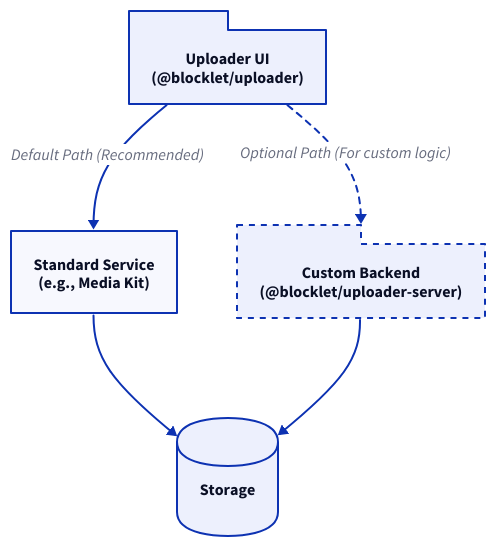
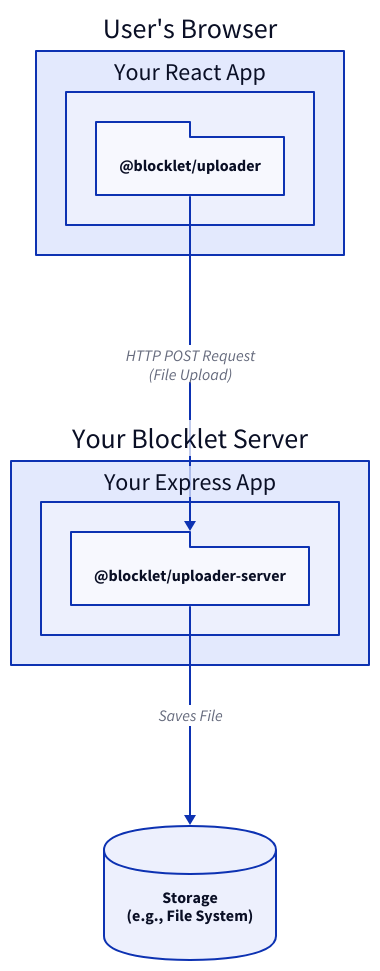
One commit to blocklet/media-kit changed the diagram in .aigne/doc-smith/docs/getting-started.md. Above: the diagram before and after it, drawn with D2. The commit also changed other lines of this file and 26 other files, not shown here.

````diff
--- a/.aigne/doc-smith/docs/getting-started.md
+++ b/.aigne/doc-smith/docs/getting-started.md
@@ -12,31 +16,41 @@
 ```d2
 direction: down
 
-"Uploader UI": {
-  label: "Uploader UI\n(@blocklet/uploader)"
-  shape: package
+"User-Browser": {
+  label: "User's Browser"
+  shape: rectangle
+
+  "React-App": {
+    label: "Your React App"
+    shape: rectangle
+
+    "Uploader-Component": {
+      label: "@blocklet/uploader"
+      shape: package
+    }
+  }
 }
 
-"Standard Service": {
-  label: "Standard Service\n(e.g., Media Kit)"
+"Blocklet-Server": {
+  label: "Your Blocklet Server"
   shape: rectangle
+
+  "Express-App": {
+    label: "Your Express App"
+    shape: rectangle
+
+    "Uploader-Middleware": {
+      label: "@blocklet/uploader-server"
+      shape: package
+    }
+  }
 }
 
-"Custom Backend": {
-  label: "Custom Backend\n(@blocklet/uploader-server)"
-  shape: package
-  style.stroke-dash: 3
-}
-
-"Storage": {
+"File-System": {
+  label: "Storage\n(e.g., File System)"
   shape: cylinder
 }
 
-"Uploader UI" -> "Standard Service": "Default Path (Recommended)"
-"Uploader UI" -> "Custom Backend": "Optional Path (For custom logic)" {
-  style.stroke-dash: 3
-}
-
-"Standard Service" -> "Storage"
-"Custom Backend" -> "Storage"
+User-Browser.React-App.Uploader-Component -> Blocklet-Server.Express-App.Uploader-Middleware: "HTTP POST Request\n(File Upload)"
+Blocklet-Server.Express-App.Uploader-Middleware -> "File-System": "Saves File"
 ```
````
